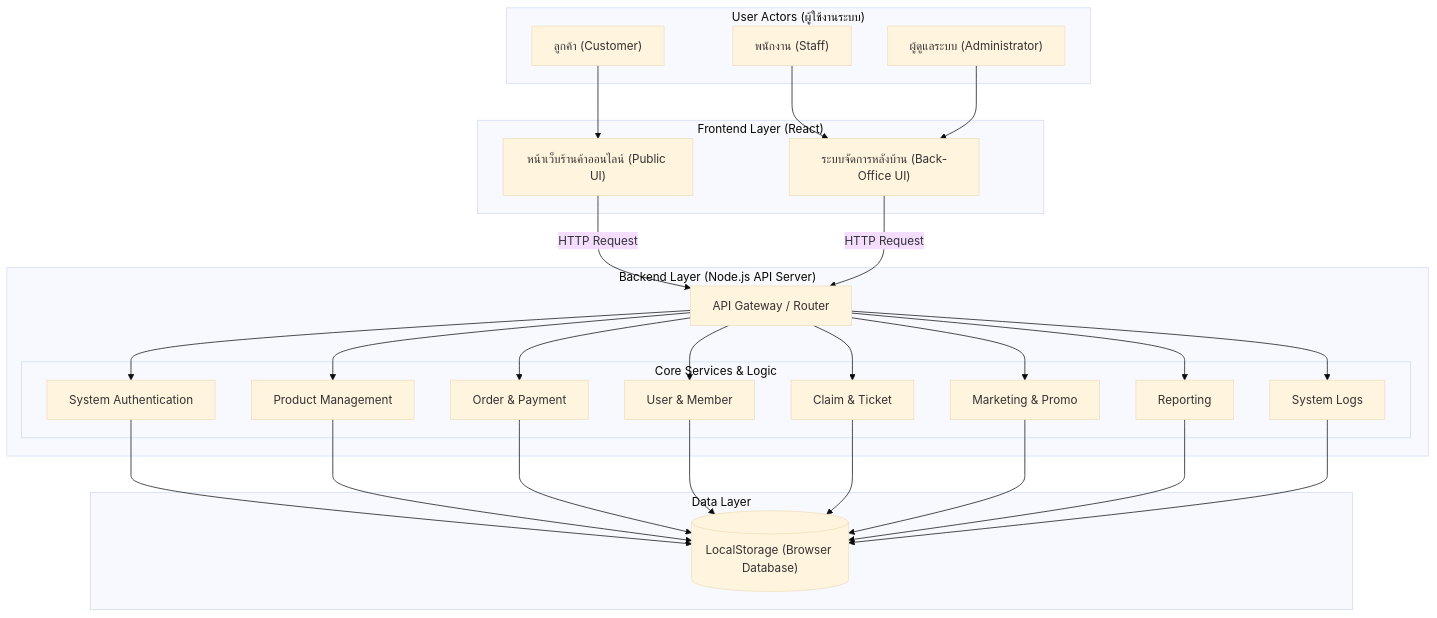
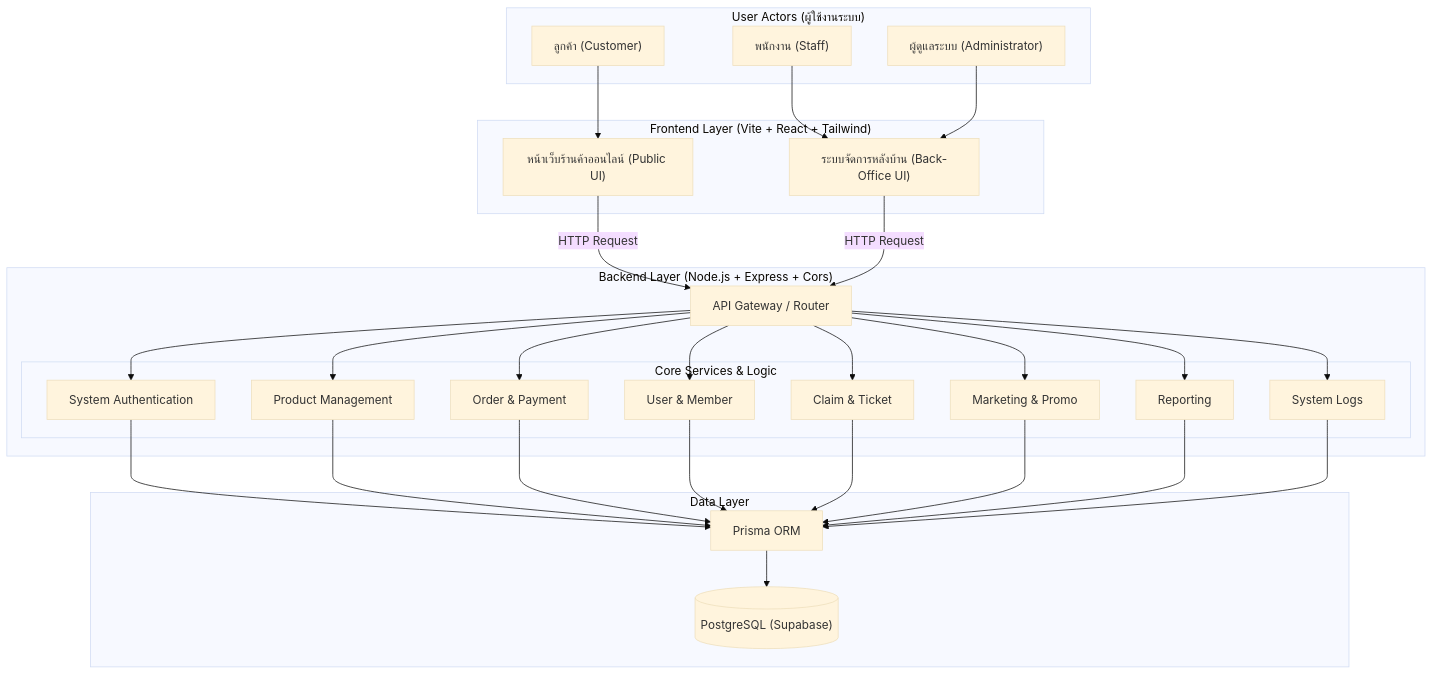
One commit to saranyu311243/PrimePC changed the diagram in README.md. Above: the diagram before and after it, drawn with Mermaid (base theme). The commit also changed 1 other file, not shown here.

Commit message:
update  System Architecture

````diff
--- a/README.md
+++ b/README.md
@@ -94,58 +94,57 @@
 ```mermaid
+
 graph TD
-
 	subgraph "User Actors (ผู้ใช้งานระบบ)"
 		C["ลูกค้า (Customer)"]
 		S["พนักงาน (Staff)"]
 		A["ผู้ดูแลระบบ (Administrator)"]
 	end
 
-	subgraph "Frontend Layer (React)"
+	subgraph "Frontend Layer (Vite + React + Tailwind)"
 		UIPub["หน้าเว็บร้านค้าออนไลน์ (Public UI)"]
 		UIPriv["ระบบจัดการหลังบ้าน (Back-Office UI)"]
 	end
 
-	subgraph "Backend Layer (Node.js API Server)"
+	subgraph "Backend Layer (Node.js + Express + Cors)"
 		API["API Gateway / Router"]
-
 		subgraph "Core Services & Logic"
 			Auth["System Authentication"]
 			Prod["Product Management"]
 			Order["Order & Payment"]
 			UserServ["User & Member"]
 			Ticket["Claim & Ticket"]
 			Mark["Marketing & Promo"]
 			Report["Reporting"]
 			SysLog["System Logs"]
 		end
 	end
 
 	subgraph "Data Layer"
-		DB[("LocalStorage (Browser Database)")]
+		ORM["Prisma ORM"]
+		DB[("PostgreSQL (Supabase)")]
 	end
 
 	C --> UIPub
 	S --> UIPriv
 	A --> UIPriv
-
 	UIPub -->|HTTP Request| API
 	UIPriv -->|HTTP Request| API
-
 	API --> Auth
 	API --> Prod
 	API --> Order
 	API --> UserServ
 	API --> Ticket
 	API --> Mark
 	API --> Report
 	API --> SysLog
+	Auth --> ORM
+	Prod --> ORM
+	Order --> ORM
+	UserServ --> ORM
+	Ticket --> ORM
+	Mark --> ORM
+	Report --> ORM
+	SysLog --> ORM
+	ORM --> DB
 
-	Auth --> DB
-	Prod --> DB
-	Order --> DB
-	UserServ --> DB
-	Ticket --> DB
-	Mark --> DB
-	Report --> DB
-	SysLog --> DB
 ```
````
